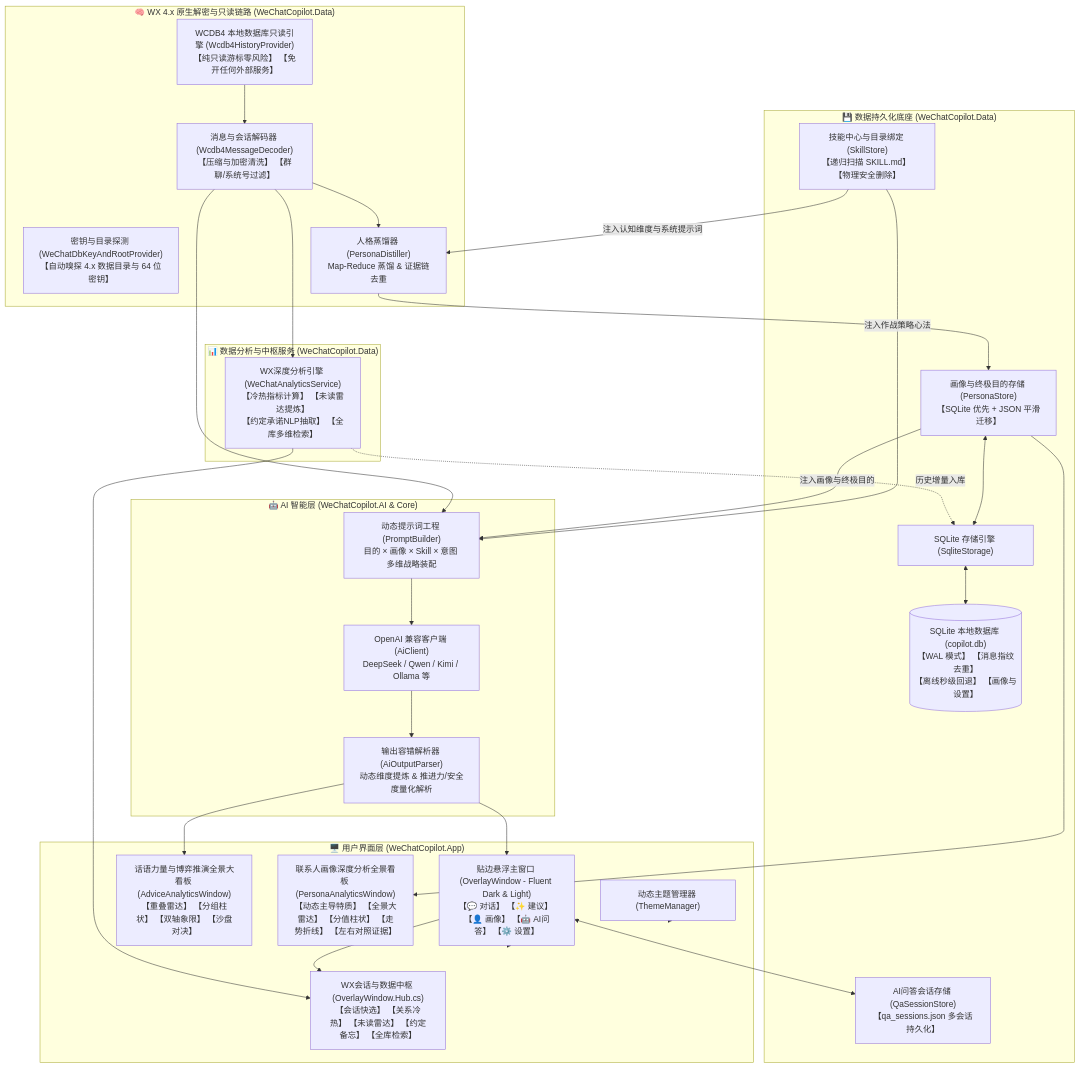
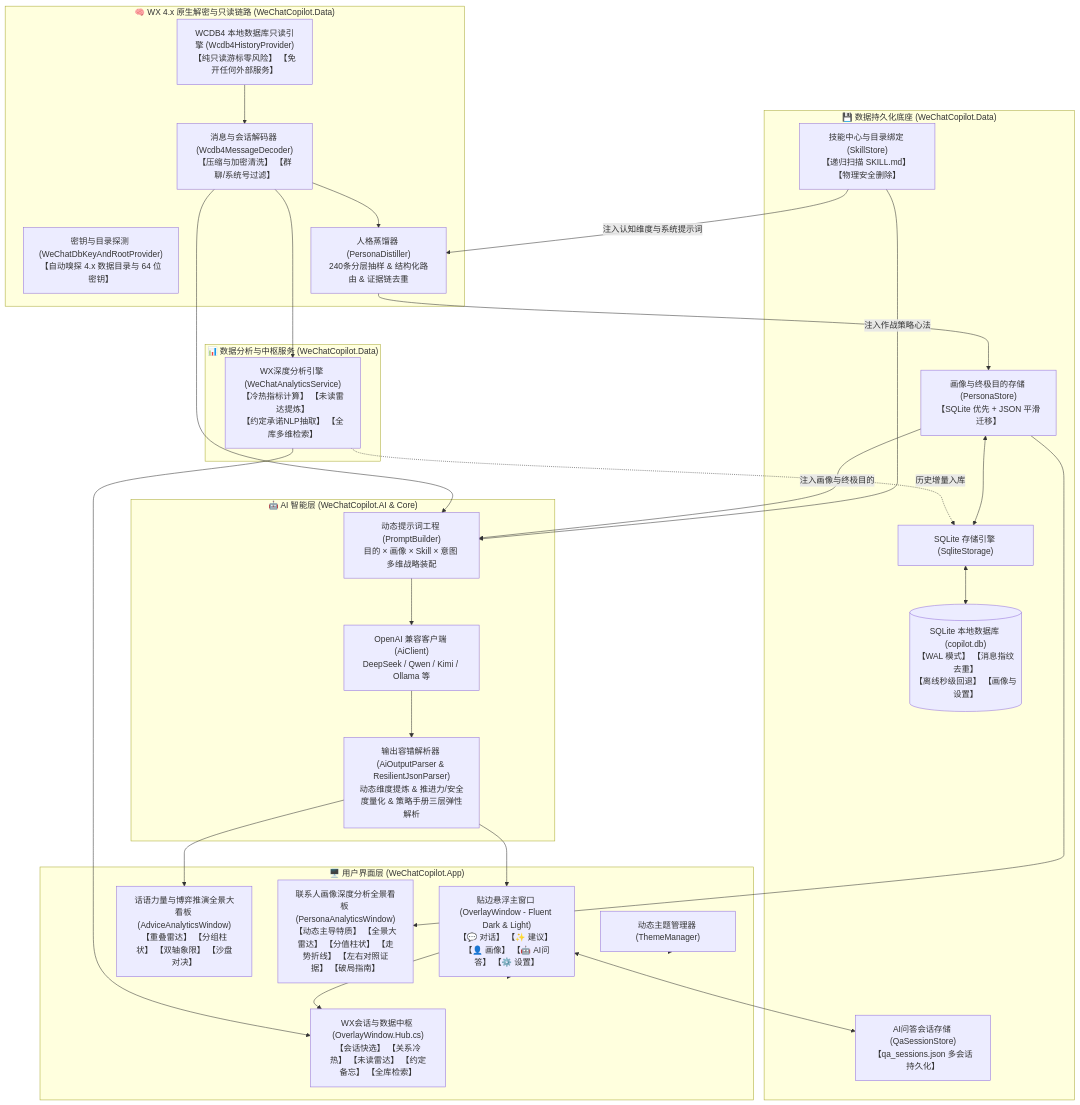
The diagram in README.md (jiang225638/wechat-assistant), drawn with Mermaid before and after one commit. The commit also changed other lines of this file and 27 other files, not shown here.

````diff
--- a/README.md
+++ b/README.md
@@ -174,54 +193,54 @@
 ```mermaid
 flowchart TD
     subgraph UI["🖥️ 用户界面层 (WeChatCopilot.App)"]
         Overlay["贴边悬浮主窗口 (OverlayWindow - Fluent Dark & Light)\n【💬 对话】 【✨ 建议】 【👤 画像】 【🤖 AI问答】 【⚙️ 设置】"]
         Hub["WX会话与数据中枢 (OverlayWindow.Hub.cs)\n【会话快选】 【关系冷热】 【未读雷达】 【约定备忘】 【全库检索】"]
         AdviceAnalytics["话语力量与博弈推演全景大看板 (AdviceAnalyticsWindow)\n【重叠雷达】 【分组柱状】 【双轴象限】 【沙盘对决】"]
-        PersonaAnalytics["联系人画像深度分析全景看板 (PersonaAnalyticsWindow)\n【动态主导特质】 【全景大雷达】 【分值柱状】 【走势折线】 【左右对照证据】"]
+        PersonaAnalytics["联系人画像深度分析全景看板 (PersonaAnalyticsWindow)\n【动态主导特质】 【全景大雷达】 【分值柱状】 【走势折线】 【左右对照证据】 【破局指南】"]
         Theme["动态主题管理器 (ThemeManager)"]
     end
 
     subgraph Analytics["📊 数据分析与中枢服务 (WeChatCopilot.Data)"]
         AnalyticsSvc["WX深度分析引擎 (WeChatAnalyticsService)\n【冷热指标计算】 【未读雷达提炼】\n【约定承诺NLP抽取】 【全库多维检索】"]
     end
 
     subgraph Storage["💾 数据持久化底座 (WeChatCopilot.Data)"]
         SqliteDB[("SQLite 本地数据库 (copilot.db)\n【WAL 模式】 【消息指纹去重】\n【离线秒级回退】 【画像与设置】")]
         SqliteStorage["SQLite 存储引擎 (SqliteStorage)"]
         SkillStore["技能中心与目录绑定 (SkillStore)\n【递归扫描 SKILL.md】 【物理安全删除】"]
         PersonaStore["画像与终极目的存储 (PersonaStore)\n【SQLite 优先 + JSON 平滑迁移】"]
         QaSessionStore["AI问答会话存储 (QaSessionStore)\n【qa_sessions.json 多会话持久化】"]
     end
 
     subgraph NativeEngine["🧠 WX 4.x 原生解密与只读链路 (WeChatCopilot.Data)"]
         Wcdb4Engine["WCDB4 本地数据库只读引擎 (Wcdb4HistoryProvider)\n【纯只读游标零风险】 【免开任何外部服务】"]
         Decoder["消息与会话解码器 (Wcdb4MessageDecoder)\n【压缩与加密清洗】 【群聊/系统号过滤】"]
         KeyRoot["密钥与目录探测 (WeChatDbKeyAndRootProvider)\n【自动嗅探 4.x 数据目录与 64 位密钥】"]
-        Distiller["人格蒸馏器 (PersonaDistiller)\nMap-Reduce 蒸馏 & 证据链去重"]
+        Distiller["人格蒸馏器 (PersonaDistiller)\n240条分层抽样 & 结构化路由 & 证据链去重"]
     end
 
     subgraph AI["🤖 AI 智能层 (WeChatCopilot.AI & Core)"]
         Prompt["动态提示词工程 (PromptBuilder)\n目的 × 画像 × Skill × 意图 多维战略装配"]
         Client["OpenAI 兼容客户端 (AiClient)\nDeepSeek / Qwen / Kimi / Ollama 等"]
-        Parser["输出容错解析器 (AiOutputParser)\n动态维度提炼 & 推进力/安全度量化解析"]
+        Parser["输出容错解析器 (AiOutputParser & ResilientJsonParser)\n动态维度提炼 & 推进力/安全度量化 & 策略手册三层弹性解析"]
     end
 
     Wcdb4Engine --> Decoder --> AnalyticsSvc --> Hub
     AnalyticsSvc -.->|历史增量入库| SqliteStorage
     SqliteStorage <--> SqliteDB
     Decoder --> Distiller
     SkillStore -->|注入认知维度与系统提示词| Distiller
     Distiller --> PersonaStore
     PersonaStore <--> SqliteStorage
     
     Decoder --> Prompt
     PersonaStore -->|注入画像与终极目的| Prompt
     SkillStore -->|注入作战策略心法| Prompt
     Prompt --> Client --> Parser --> Overlay
     Parser --> AdviceAnalytics
     PersonaStore --> PersonaAnalytics
     Overlay <--> QaSessionStore
     Overlay --> Hub
     Overlay --> UI
     Theme --> UI
 ```
````
